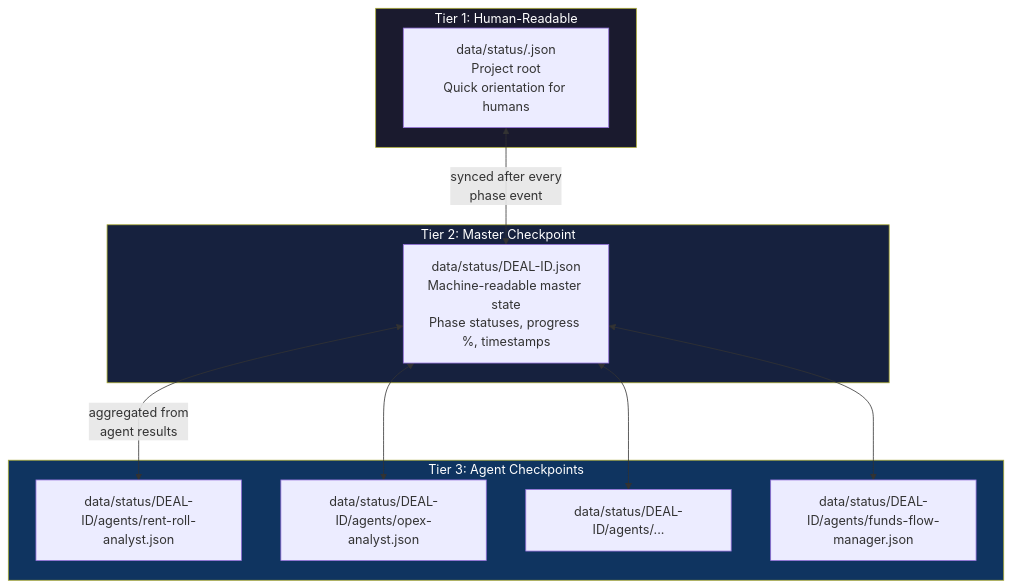
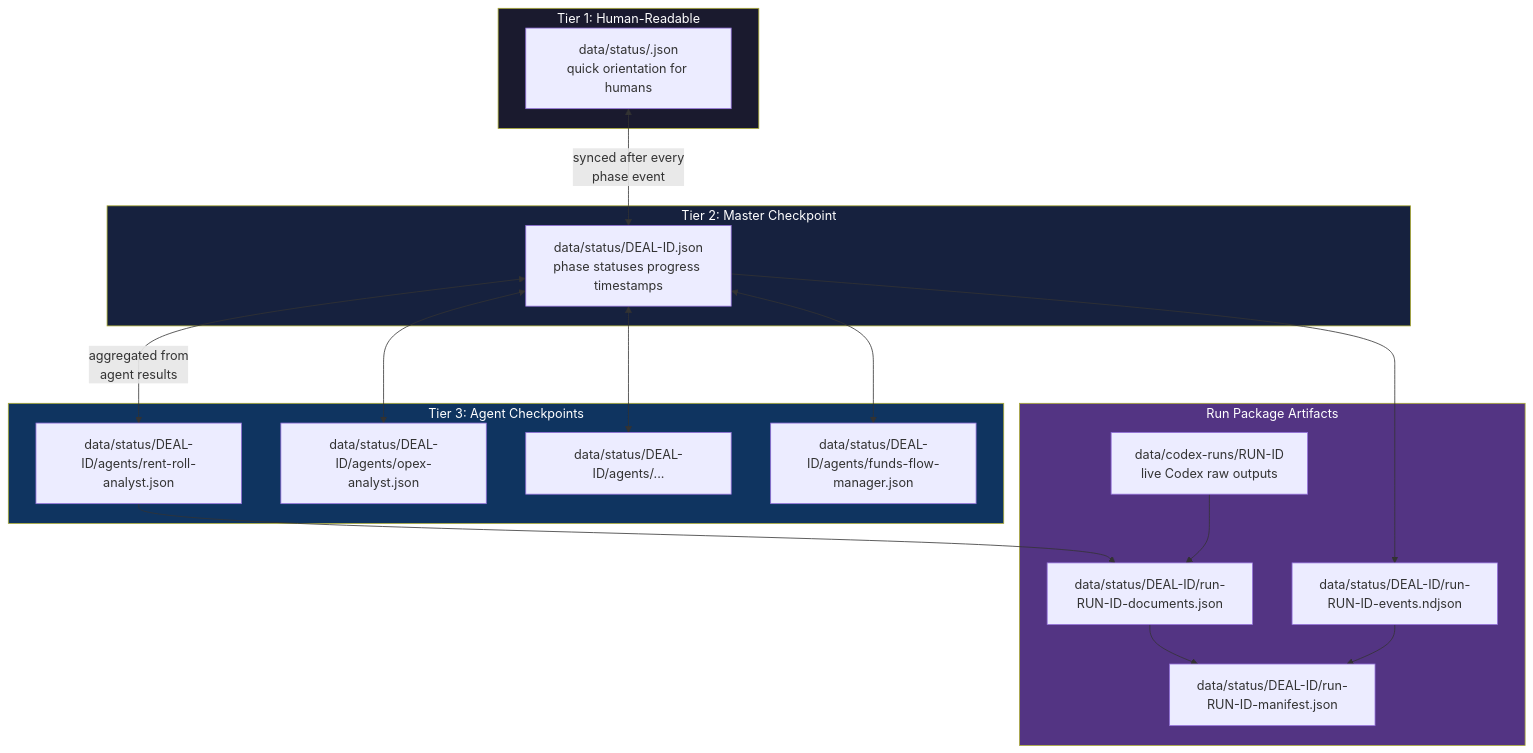
One commit to ahacker-1/cre-acquisition-orchestrator changed the fifth of 6 diagrams in docs/ARCHITECTURE.md. Above: the diagram before and after it, drawn with Mermaid. The commit also changed other lines of this file and 41 other files, not shown here.

````diff
--- a/docs/ARCHITECTURE.md
+++ b/docs/ARCHITECTURE.md
@@ -221,27 +252,40 @@
 ```mermaid
 flowchart TD
     subgraph Tier1[" Tier 1: Human-Readable "]
-        SS[data/status/<deal-id>.json<br/>Project root<br/>Quick orientation for humans]
+        SS[data/status/<deal-id>.json<br/>quick orientation for humans]
     end
 
     subgraph Tier2[" Tier 2: Master Checkpoint "]
-        MC[data/status/DEAL-ID.json<br/>Machine-readable master state<br/>Phase statuses, progress %, timestamps]
+        MC[data/status/DEAL-ID.json<br/>phase statuses progress timestamps]
     end
 
     subgraph Tier3[" Tier 3: Agent Checkpoints "]
         AC1[data/status/DEAL-ID/agents/rent-roll-analyst.json]
         AC2[data/status/DEAL-ID/agents/opex-analyst.json]
         AC3[data/status/DEAL-ID/agents/...]
         ACN[data/status/DEAL-ID/agents/funds-flow-manager.json]
     end
 
+    subgraph RunArtifacts[" Run Package Artifacts "]
+        EVT[data/status/DEAL-ID/run-RUN-ID-events.ndjson]
+        DOC[data/status/DEAL-ID/run-RUN-ID-documents.json]
+        MAN[data/status/DEAL-ID/run-RUN-ID-manifest.json]
+        RAW[data/codex-runs/RUN-ID<br/>live Codex raw outputs]
+    end
+
     SS <-->|"synced after every<br/>phase event"| MC
     MC <-->|"aggregated from<br/>agent results"| AC1
     MC <--> AC2
     MC <--> AC3
     MC <--> ACN
+    MC --> EVT
+    AC1 --> DOC
+    RAW --> DOC
+    EVT --> MAN
+    DOC --> MAN
 
     style Tier1 fill:#1a1a2e,color:#fff
     style Tier2 fill:#16213e,color:#fff
     style Tier3 fill:#0f3460,color:#fff
+    style RunArtifacts fill:#533483,color:#fff
 ```
````
